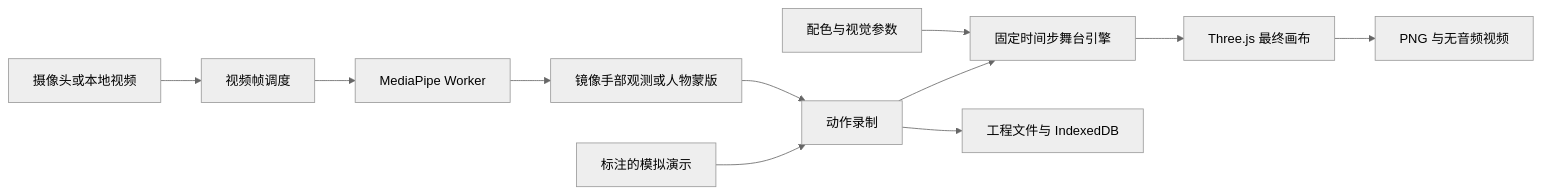
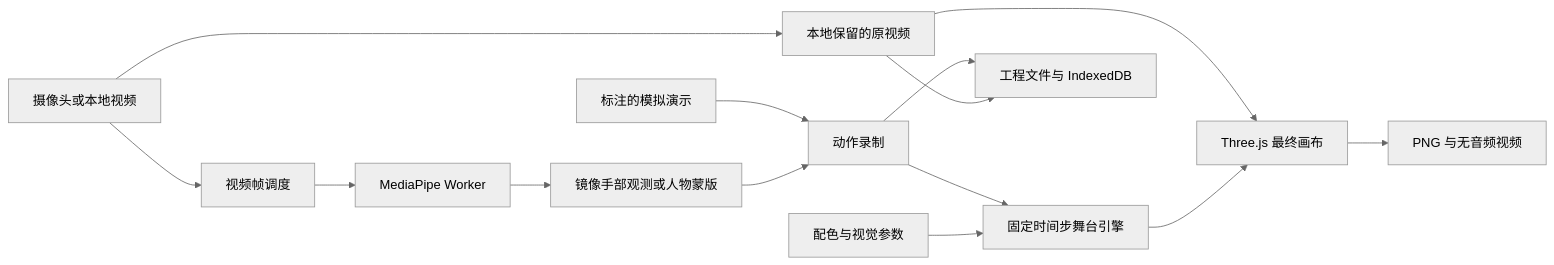
One commit to appleweiping/prism-stage changed the diagram in README.zh-CN.md. Above: the diagram before and after it, drawn with Mermaid (neutral theme). The commit also changed other lines of this file and 64 other files, not shown here.

````diff
--- a/README.zh-CN.md
+++ b/README.zh-CN.md
@@ -108,13 +126,16 @@
 ```mermaid
 flowchart LR
   A[摄像头或本地视频] --> B[视频帧调度]
   B --> C[MediaPipe Worker]
   C --> D[镜像手部观测或人物蒙版]
   E[标注的模拟演示] --> F[动作录制]
   D --> F
+  A --> V[本地保留的原视频]
+  V --> H
   F --> G[固定时间步舞台引擎]
   P[配色与视觉参数] --> G
   G --> H[Three.js 最终画布]
   F --> I[工程文件与 IndexedDB]
+  V --> I
   H --> J[PNG 与无音频视频]
 ```
````
